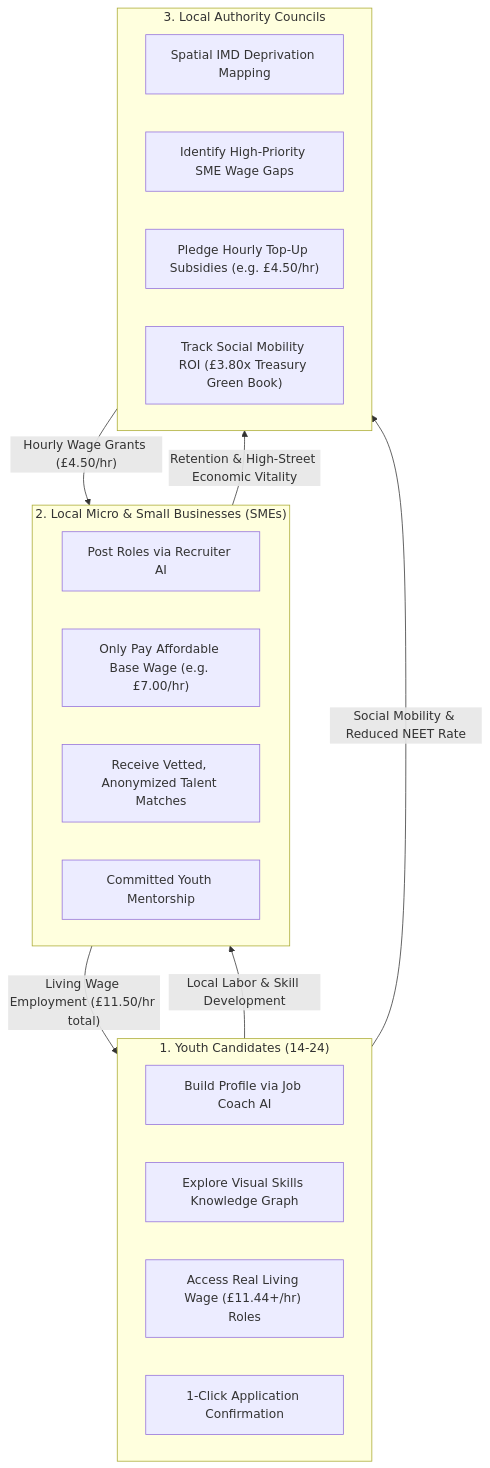
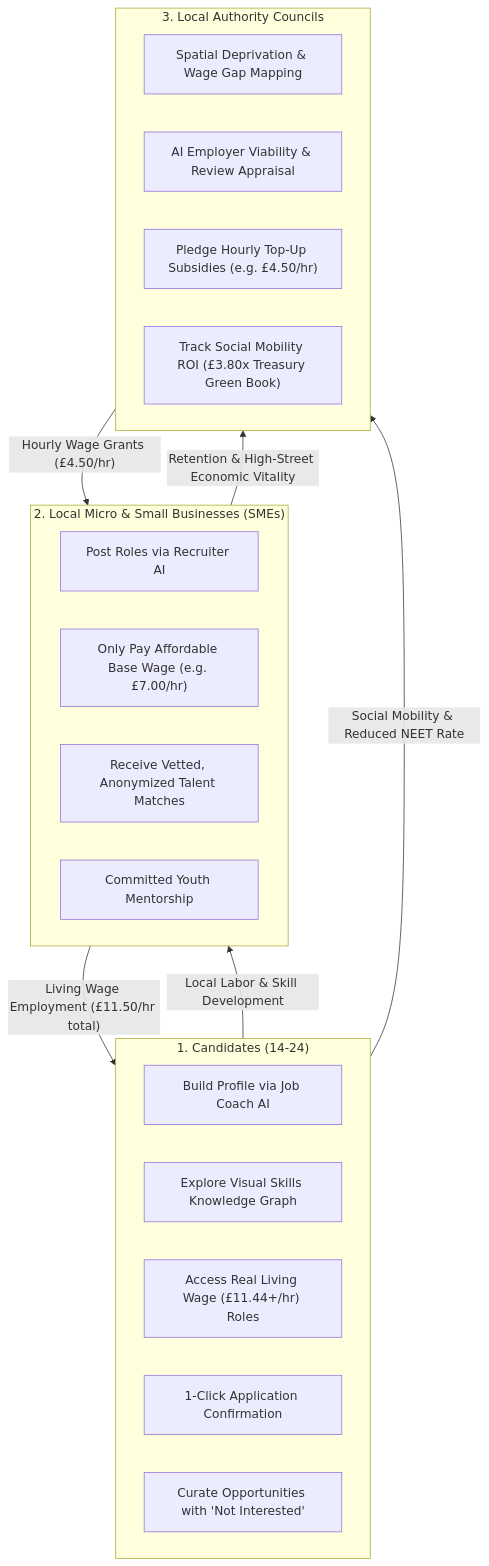
Before and after one commit to OGreenwood672/Springboard: the diagram in docs/architecture.md, drawn with Mermaid. The commit also changed other lines of this file and 7 other files, not shown here.

````diff
--- a/docs/architecture.md
+++ b/docs/architecture.md
@@ -61,29 +71,30 @@
 ```mermaid
 flowchart TD
-    subgraph Youth["1. Youth Candidates (14-24)"]
+    subgraph Candidate["1. Candidates (14-24)"]
         Y1["Build Profile via Job Coach AI"]
         Y2["Explore Visual Skills Knowledge Graph"]
         Y3["Access Real Living Wage (£11.44+/hr) Roles"]
         Y4["1-Click Application Confirmation"]
+        Y5["Curate Opportunities with 'Not Interested'"]
     end
 
     subgraph Business["2. Local Micro & Small Businesses (SMEs)"]
         B1["Post Roles via Recruiter AI"]
         B2["Only Pay Affordable Base Wage (e.g. £7.00/hr)"]
         B3["Receive Vetted, Anonymized Talent Matches"]
         B4["Committed Youth Mentorship"]
     end
 
     subgraph Council["3. Local Authority Councils"]
-        C1["Spatial IMD Deprivation Mapping"]
-        C2["Identify High-Priority SME Wage Gaps"]
+        C1["Spatial Deprivation & Wage Gap Mapping"]
+        C2["AI Employer Viability & Review Appraisal"]
         C3["Pledge Hourly Top-Up Subsidies (e.g. £4.50/hr)"]
         C4["Track Social Mobility ROI (£3.80x Treasury Green Book)"]
     end
 
     Council -- "Hourly Wage Grants (£4.50/hr)" --> Business
-    Business -- "Living Wage Employment (£11.50/hr total)" --> Youth
-    Youth -- "Local Labor & Skill Development" --> Business
+    Business -- "Living Wage Employment (£11.50/hr total)" --> Candidate
+    Candidate -- "Local Labor & Skill Development" --> Business
     Business -- "Retention & High-Street Economic Vitality" --> Council
-    Youth -- "Social Mobility & Reduced NEET Rate" --> Council
+    Candidate -- "Social Mobility & Reduced NEET Rate" --> Council
 ```
````
